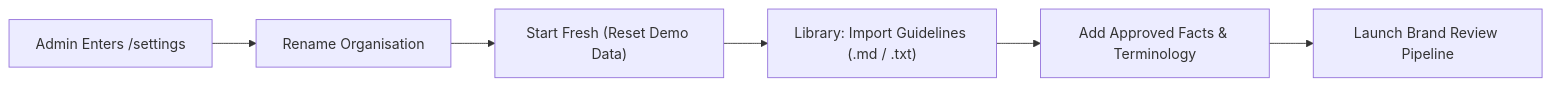
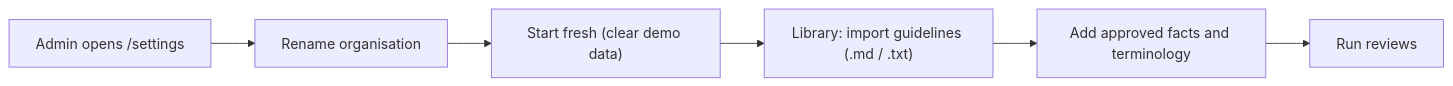
One commit to rawat-code/BrandLens changed the first of 2 diagrams in README.md. Above: the diagram before and after it, drawn with Mermaid. The commit also changed other lines of this file, not shown here.

````diff
--- a/README.md
+++ b/README.md
@@ -68,8 +69,8 @@
 ```mermaid
 flowchart LR
-    A["Admin Enters /settings"] --> B["Rename Organisation"]
-    B --> C["Start Fresh (Reset Demo Data)"]
-    C --> D["Library: Import Guidelines (.md / .txt)"]
-    D --> E["Add Approved Facts & Terminology"]
-    E --> F["Launch Brand Review Pipeline"]
+    A["Admin opens /settings"] --> B["Rename organisation"]
+    B --> C["Start fresh (clear demo data)"]
+    C --> D["Library: import guidelines (.md / .txt)"]
+    D --> E["Add approved facts and terminology"]
+    E --> F["Run reviews"]
 ```
````
